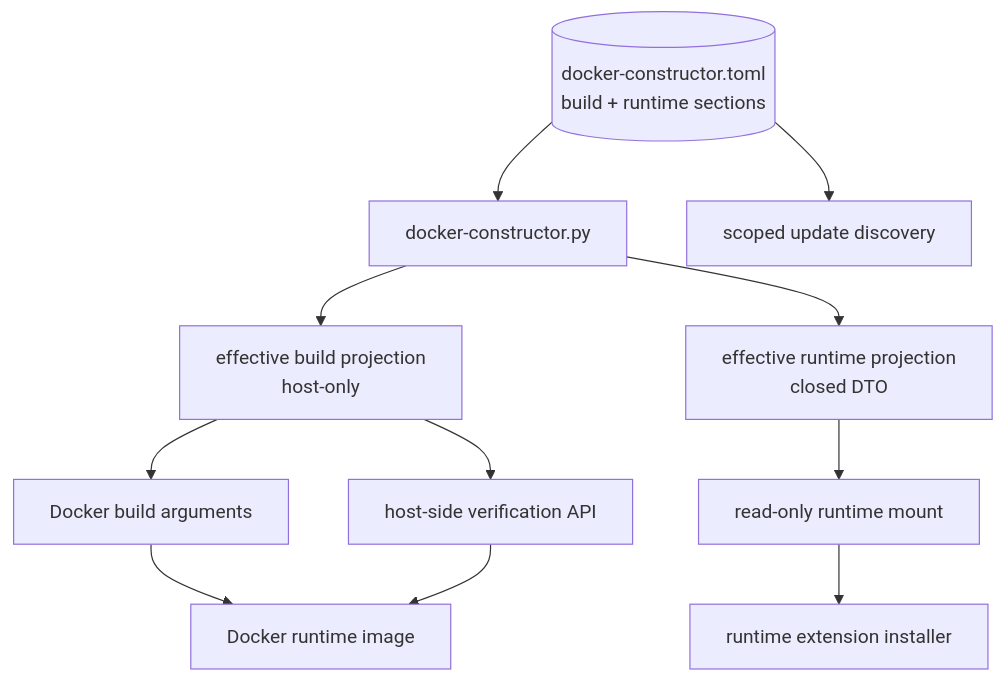
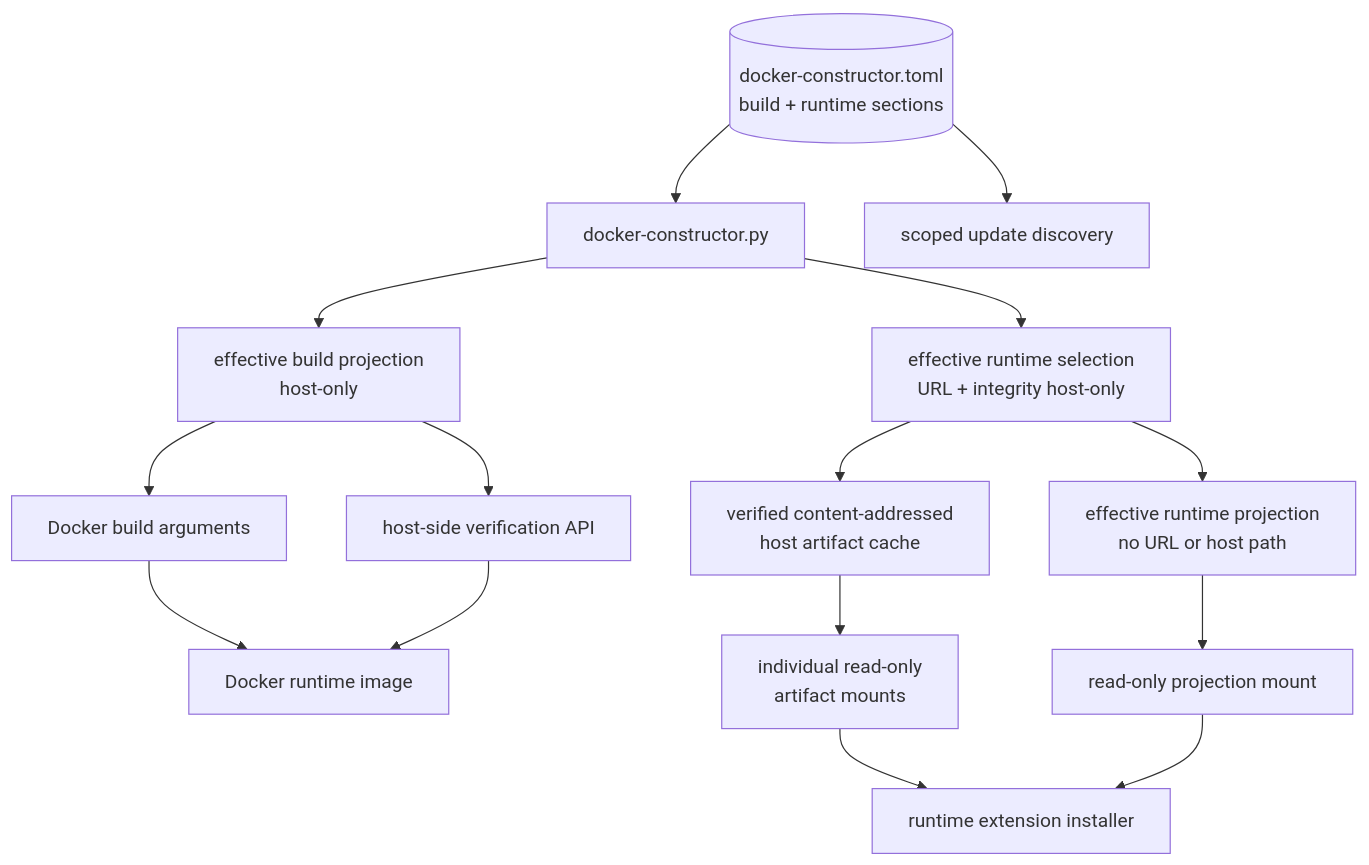
One commit to alexvas/claude-cli-setup changed the first of 2 diagrams in openspec/specs/docker-build-reproducibility/spec.md. Above: the diagram before and after it, drawn with Mermaid. The commit also changed other lines of this file and 9 other files, not shown here.

First line of the commit message:
sync: archive materialize-runtime-artifacts-on-host and update main spec

````diff
--- a/openspec/specs/docker-build-reproducibility/spec.md
+++ b/openspec/specs/docker-build-reproducibility/spec.md
@@ -13,13 +13,17 @@
 ```mermaid
 graph TD
     INV[(docker-constructor.toml<br/>build + runtime sections)] --> CLI[docker-constructor.py]
     CLI --> BP[effective build projection<br/>host-only]
     BP --> BUILD[Docker build arguments]
     BUILD --> IMG[Docker runtime image]
     BP --> VERIFY[host-side verification API]
     VERIFY --> IMG
-    CLI --> RP[effective runtime projection<br/>closed DTO]
-    RP --> RUN[read-only runtime mount]
-    RUN --> INSTALL[runtime extension installer]
+    CLI --> SELECT[effective runtime selection<br/>URL + integrity host-only]
+    SELECT --> CACHE[verified content-addressed<br/>host artifact cache]
+    CACHE --> MOUNTS[individual read-only<br/>artifact mounts]
+    SELECT --> RP[effective runtime projection<br/>no URL or host path]
+    RP --> RUN[read-only projection mount]
+    MOUNTS --> INSTALL[runtime extension installer]
+    RUN --> INSTALL
     INV --> UPDATES[scoped update discovery]
 ```
````
